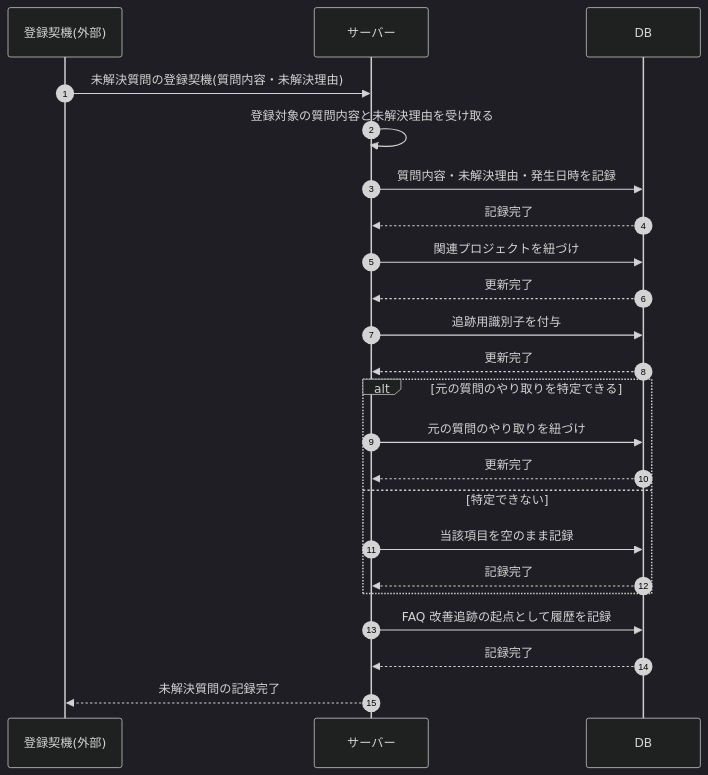
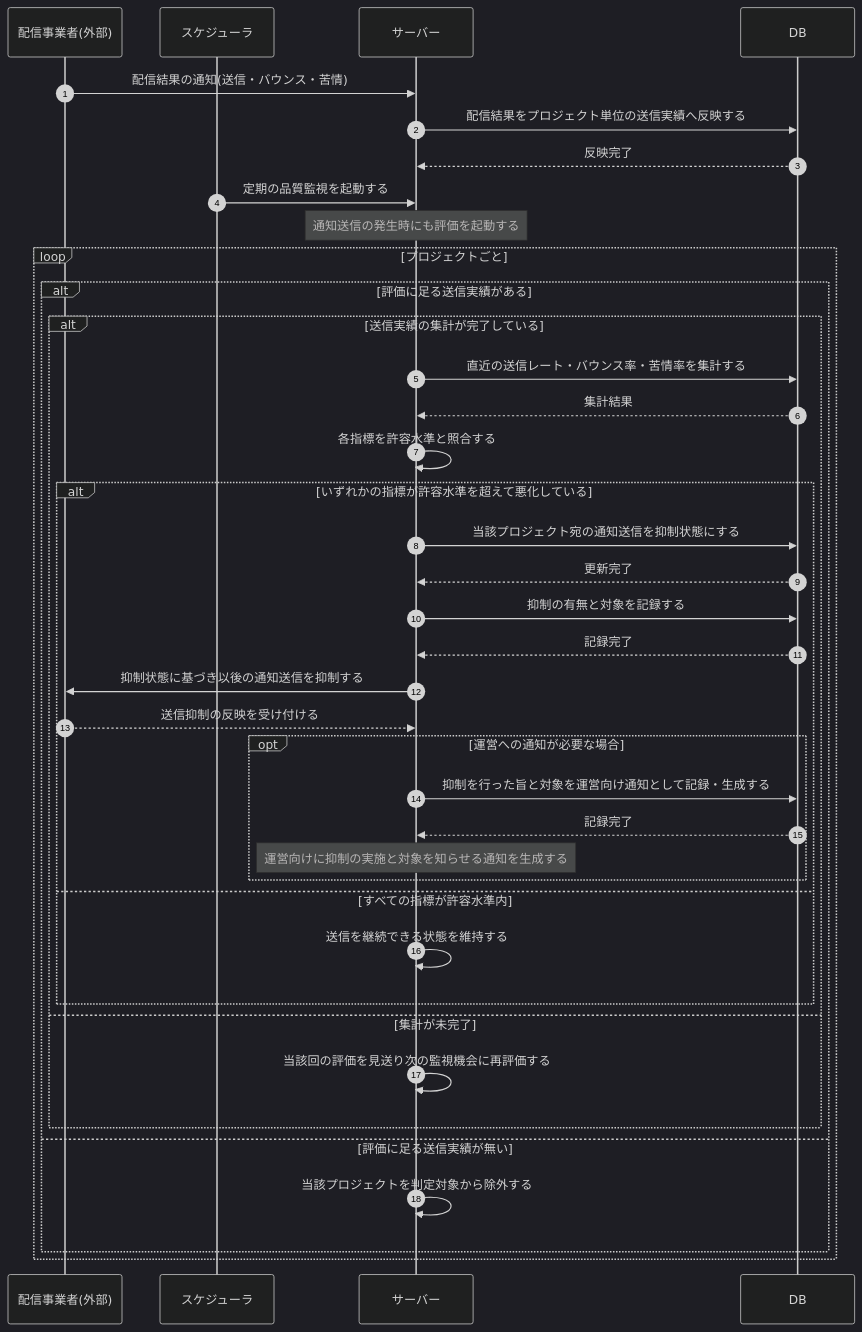
Before and after one commit to sikakou54/open-faq: the diagram in 02_basic_design/03_sequences/SEQ-112.md, drawn with Mermaid (dark theme). The commit also changed other lines of this file and 395 other files, not shown here.

````diff
--- a/02_basic_design/03_sequences/SEQ-112.md
+++ b/02_basic_design/03_sequences/SEQ-112.md
@@ -25,25 +25,41 @@
 ```mermaid
 sequenceDiagram
   autonumber
-  participant T as 登録契機(外部)
+  participant ESP as 配信事業者(外部)
+  participant SCH as スケジューラ
   participant Server as サーバー
   participant DB as DB
-  T->>Server: 未解決質問の登録契機(質問内容・未解決理由)
-  Server->>Server: 登録対象の質問内容と未解決理由を受け取る
-  Server->>DB: 質問内容・未解決理由・発生日時を記録
-  DB-->>Server: 記録完了
-  Server->>DB: 関連プロジェクトを紐づけ
-  DB-->>Server: 更新完了
-  Server->>DB: 追跡用識別子を付与
-  DB-->>Server: 更新完了
-  alt 元の質問のやり取りを特定できる
-    Server->>DB: 元の質問のやり取りを紐づけ
-    DB-->>Server: 更新完了
-  else 特定できない
-    Server->>DB: 当該項目を空のまま記録
-    DB-->>Server: 記録完了
+  ESP->>Server: 配信結果の通知(送信・バウンス・苦情)
+  Server->>DB: 配信結果をプロジェクト単位の送信実績へ反映する
+  DB-->>Server: 反映完了
+  SCH->>Server: 定期の品質監視を起動する
+  Note over Server: 通知送信の発生時にも評価を起動する
+  loop プロジェクトごと
+    alt 評価に足る送信実績がある
+      alt 送信実績の集計が完了している
+        Server->>DB: 直近の送信レート・バウンス率・苦情率を集計する
+        DB-->>Server: 集計結果
+        Server->>Server: 各指標を許容水準と照合する
+        alt いずれかの指標が許容水準を超えて悪化している
+          Server->>DB: 当該プロジェクト宛の通知送信を抑制状態にする
+          DB-->>Server: 更新完了
+          Server->>DB: 抑制の有無と対象を記録する
+          DB-->>Server: 記録完了
+          Server->>ESP: 抑制状態に基づき以後の通知送信を抑制する
+          ESP-->>Server: 送信抑制の反映を受け付ける
+          opt 運営への通知が必要な場合
+            Server->>DB: 抑制を行った旨と対象を運営向け通知として記録・生成する
+            DB-->>Server: 記録完了
+            Note over Server: 運営向けに抑制の実施と対象を知らせる通知を生成する
+          end
+        else すべての指標が許容水準内
+          Server->>Server: 送信を継続できる状態を維持する
+        end
+      else 集計が未完了
+        Server->>Server: 当該回の評価を見送り次の監視機会に再評価する
+      end
+    else 評価に足る送信実績が無い
+      Server->>Server: 当該プロジェクトを判定対象から除外する
+    end
   end
-  Server->>DB: FAQ 改善追跡の起点として履歴を記録
-  DB-->>Server: 記録完了
-  Server-->>T: 未解決質問の記録完了
 ```
````
